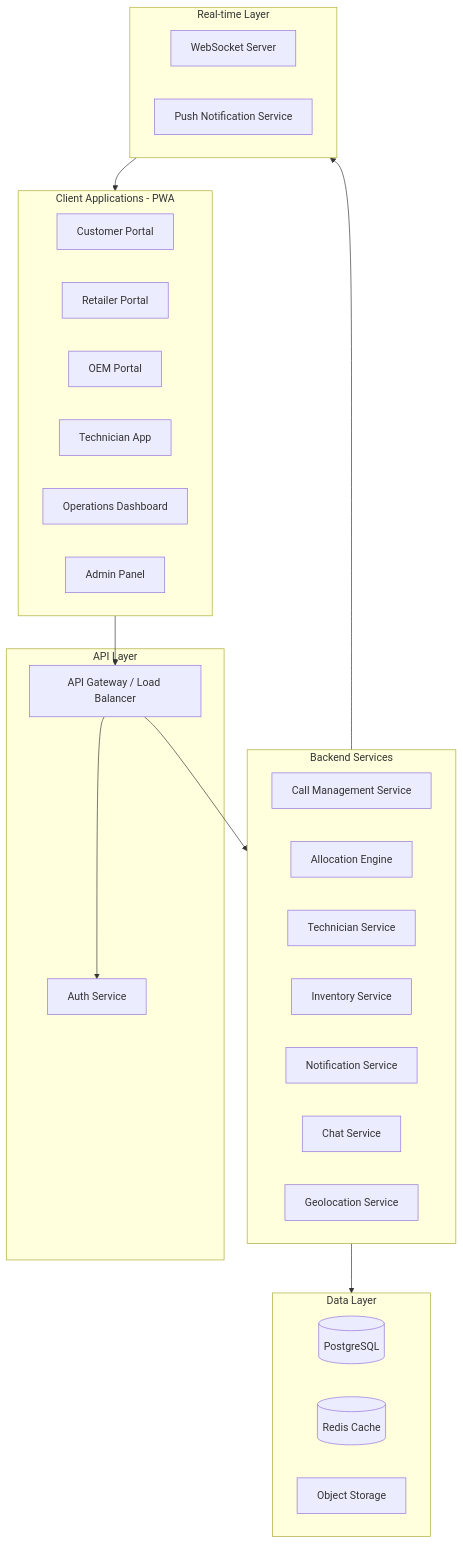
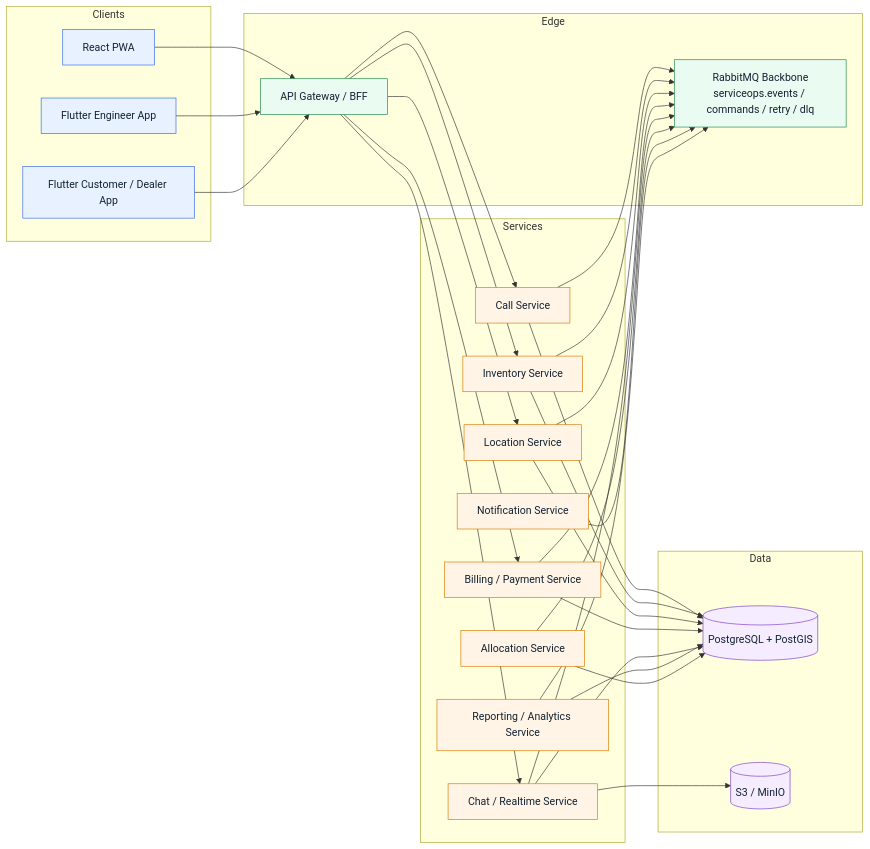
The third of 3 diagrams in Readme.md (Rama12/EIPlatform1), drawn with Mermaid before and after one commit. The commit also changed other lines of this file, not shown here.

````diff
--- a/Readme.md
+++ b/Readme.md
@@ -108,39 +211,68 @@
 ```mermaid
-flowchart TB
-    subgraph clients [Client Applications - PWA]
-        CustomerApp[Customer Portal]
-        RetailerApp[Retailer Portal]
-        OEMApp[OEM Portal]
-        TechApp[Technician App]
-        OpsApp[Operations Dashboard]
-        AdminApp[Admin Panel]
+flowchart LR
+    classDef client fill:#E8F1FF,stroke:#356AE6,color:#123;
+    classDef edge fill:#EAFBF1,stroke:#1F8A4C,color:#123;
+    classDef svc fill:#FFF4E5,stroke:#D97A00,color:#123;
+    classDef data fill:#F5ECFF,stroke:#7A3EC8,color:#123;
+
+    subgraph Clients
+        WEB[React PWA]
+        ENG[Flutter Engineer App]
+        CUST[Flutter Customer / Dealer App]
     end
-    subgraph api_gateway [API Layer]
-        Gateway[API Gateway / Load Balancer]
-        AuthService[Auth Service]
+
+    subgraph Edge
+        BFF[API Gateway / BFF]
+        MQ[RabbitMQ Backbone<br/>serviceops.events / commands / retry / dlq]
     end
-    subgraph services [Backend Services]
-        CallService[Call Management Service]
-        AllocationService[Allocation Engine]
-        TechnicianService[Technician Service]
-        InventoryService[Inventory Service]
-        NotificationService[Notification Service]
-        ChatService[Chat Service]
-        GeoService[Geolocation Service]
+
+    subgraph Services
+        CALL[Call Service]
+        INV[Inventory Service]
+        LOC[Location Service]
+        ALLOC[Allocation Service]
+        BILL[Billing / Payment Service]
+        NOTIF[Notification Service]
+        CHAT[Chat / Realtime Service]
+        REPORT[Reporting / Analytics Service]
     end
-    subgraph data [Data Layer]
-        PostgreSQL[(PostgreSQL)]
-        Redis[(Redis Cache)]
-        S3[Object Storage]
+
+    subgraph Data
+        PG[(PostgreSQL + PostGIS)]
+        S3[(S3 / MinIO)]
     end
-    subgraph realtime [Real-time Layer]
-        WebSocket[WebSocket Server]
-        PushService[Push Notification Service]
-    end
-    clients --> Gateway
-    Gateway --> AuthService
-    Gateway --> services
-    services --> data
-    services --> realtime
-    realtime --> clients
+
+    WEB --> BFF
+    ENG --> BFF
+    CUST --> BFF
+
+    BFF --> CALL
+    BFF --> INV
+    BFF --> LOC
+    BFF --> BILL
+    BFF --> CHAT
+
+    CALL --> PG
+    INV --> PG
+    LOC --> PG
+    BILL --> PG
+    CHAT --> PG
+
+    CALL --> MQ
+    INV --> MQ
+    LOC --> MQ
+    BILL --> MQ
+    CHAT --> MQ
+    ALLOC --> MQ
+    NOTIF --> MQ
+    REPORT --> MQ
+
+    CHAT --> S3
+    REPORT --> PG
+    ALLOC --> PG
+
+    class WEB,ENG,CUST client;
+    class BFF,MQ edge;
+    class CALL,INV,LOC,ALLOC,BILL,NOTIF,CHAT,REPORT svc;
+    class PG,S3 data;
 ```
````
